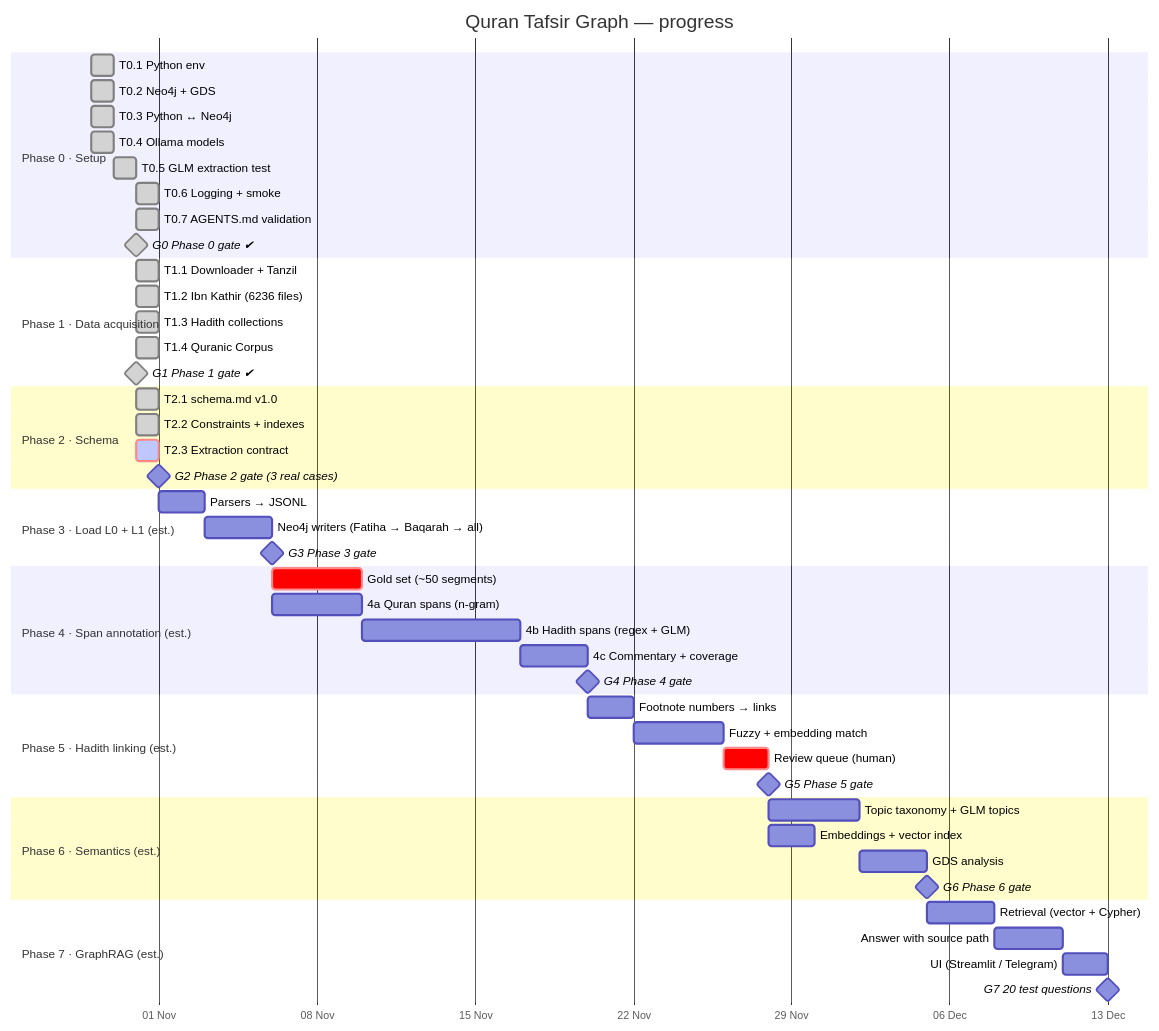
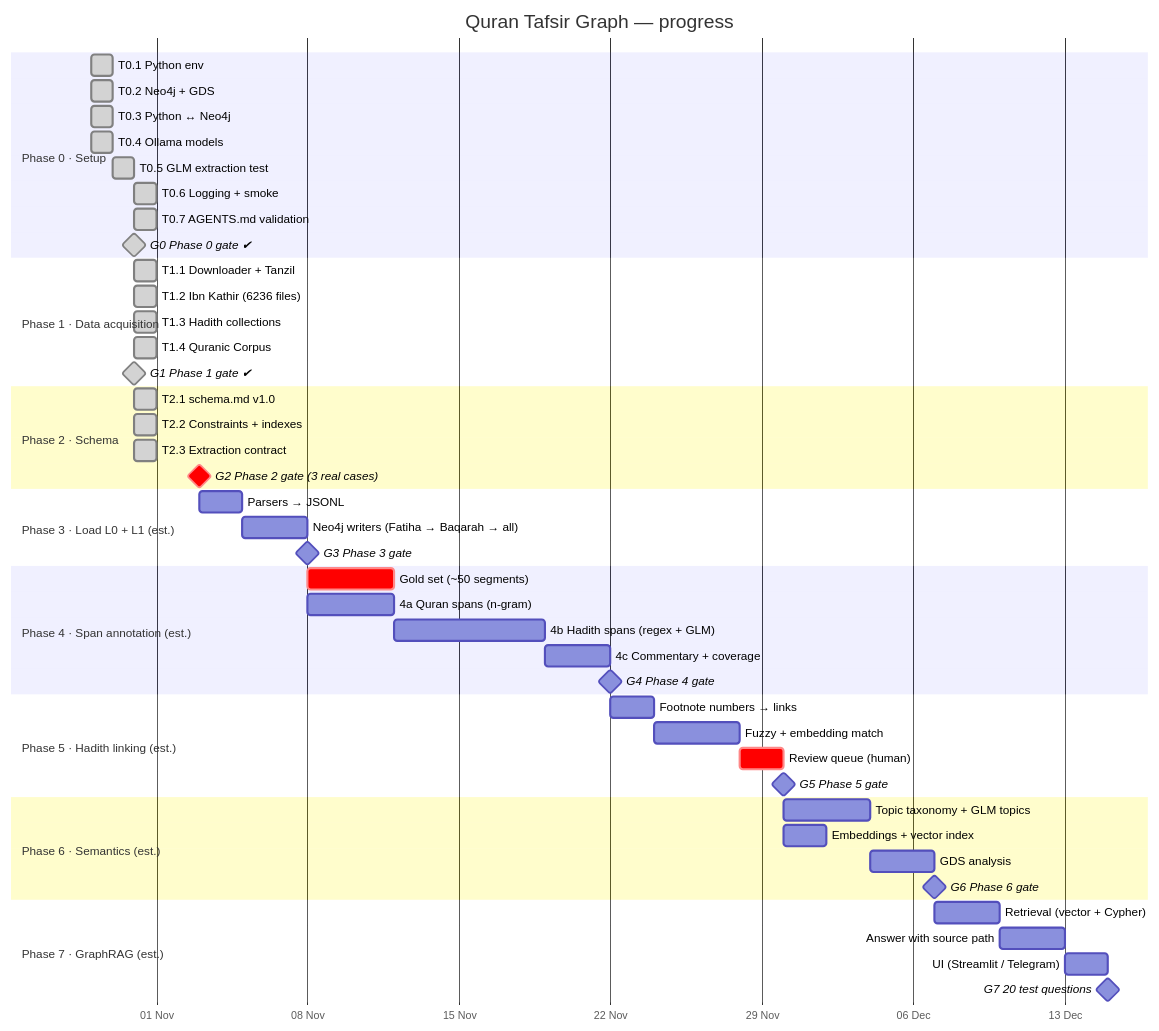
One commit to mohamed-soubhi/quran-graph changed the diagram in docs/GANTT.md. Above: the diagram before and after it, drawn with Mermaid. The commit also changed other lines of this file and 5 other files, not shown here.

First line of the commit message:
G2: schema checked against 3 real cases; proposed schema changes C1-C4

````diff
--- a/docs/GANTT.md
+++ b/docs/GANTT.md
@@ -9,60 +9,60 @@
 ```mermaid
 gantt
     title Quran Tafsir Graph — progress
     dateFormat YYYY-MM-DD
     axisFormat %d %b
     todayMarker stroke-width:3px,stroke:#d33
 
     section Phase 0 · Setup
     T0.1 Python env                 :done, t01, 2026-10-29, 1d
     T0.2 Neo4j + GDS                :done, t02, 2026-10-29, 1d
     T0.3 Python ↔ Neo4j             :done, t03, 2026-10-29, 1d
     T0.4 Ollama models              :done, t04, 2026-10-29, 1d
     T0.5 GLM extraction test        :done, t05, 2026-10-30, 1d
     T0.6 Logging + smoke            :done, t06, 2026-10-31, 1d
     T0.7 AGENTS.md validation       :done, t07, 2026-10-31, 1d
     G0 Phase 0 gate ✔               :milestone, done, g0, 2026-10-31, 0d
 
     section Phase 1 · Data acquisition
     T1.1 Downloader + Tanzil        :done, t11, 2026-10-31, 1d
     T1.2 Ibn Kathir (6236 files)    :done, t12, 2026-10-31, 1d
     T1.3 Hadith collections         :done, t13, 2026-10-31, 1d
     T1.4 Quranic Corpus            :done, t14, 2026-10-31, 1d
     G1 Phase 1 gate ✔               :milestone, done, g1, 2026-10-31, 0d
 
     section Phase 2 · Schema
     T2.1 schema.md v1.0            :done, t21, 2026-10-31, 1d
     T2.2 Constraints + indexes      :done, t22, 2026-10-31, 1d
-    T2.3 Extraction contract        :crit, active, t23, 2026-10-31, 1d
-    G2 Phase 2 gate (3 real cases)  :milestone, g2, after t23, 0d
+    T2.3 Extraction contract        :done, t23, 2026-10-31, 1d
+    G2 Phase 2 gate (3 real cases)  :crit, milestone, g2, 2026-11-03, 0d
 
     section Phase 3 · Load L0 + L1 (est.)
     Parsers → JSONL                 :p3a, after g2, 2d
     Neo4j writers (Fatiha → Baqarah → all) :p3b, after p3a, 3d
     G3 Phase 3 gate                 :milestone, g3, after p3b, 0d
 
     section Phase 4 · Span annotation (est.)
     Gold set (~50 segments)         :crit, p4g, after g3, 4d
     4a Quran spans (n-gram)         :p4a, after g3, 4d
     4b Hadith spans (regex + GLM)   :p4b, after p4a, 7d
     4c Commentary + coverage        :p4c, after p4b, 3d
     G4 Phase 4 gate                 :milestone, g4, after p4c, 0d
 
     section Phase 5 · Hadith linking (est.)
     Footnote numbers → links        :p5a, after g4, 2d
     Fuzzy + embedding match         :p5b, after p5a, 4d
     Review queue (human)            :crit, p5c, after p5b, 2d
     G5 Phase 5 gate                 :milestone, g5, after p5c, 0d
 
     section Phase 6 · Semantics (est.)
     Topic taxonomy + GLM topics     :p6a, after g5, 4d
     Embeddings + vector index       :p6b, after g5, 2d
     GDS analysis                    :p6c, after p6a, 3d
     G6 Phase 6 gate                 :milestone, g6, after p6c, 0d
 
     section Phase 7 · GraphRAG (est.)
     Retrieval (vector + Cypher)     :p7a, after g6, 3d
     Answer with source path         :p7b, after p7a, 3d
     UI (Streamlit / Telegram)       :p7c, after p7b, 2d
     G7 20 test questions            :milestone, g7, after p7c, 0d
 ```
````
